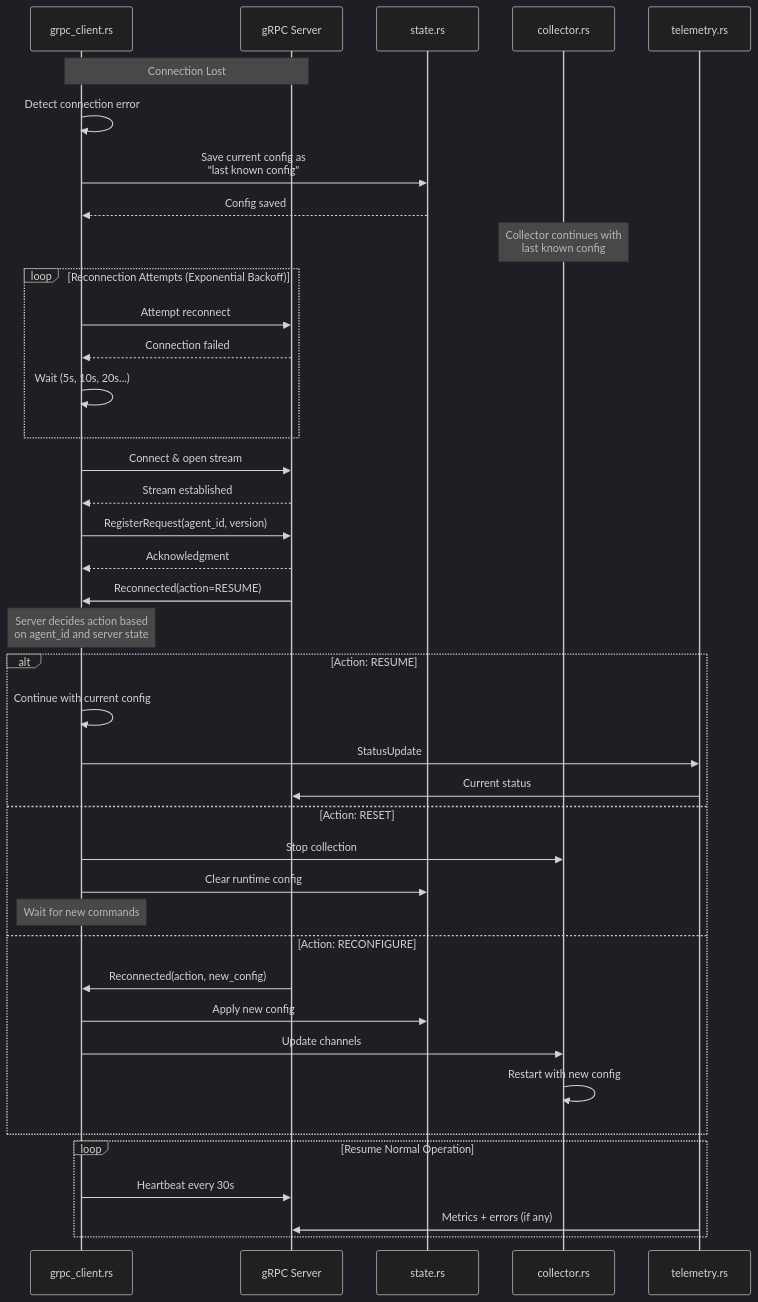
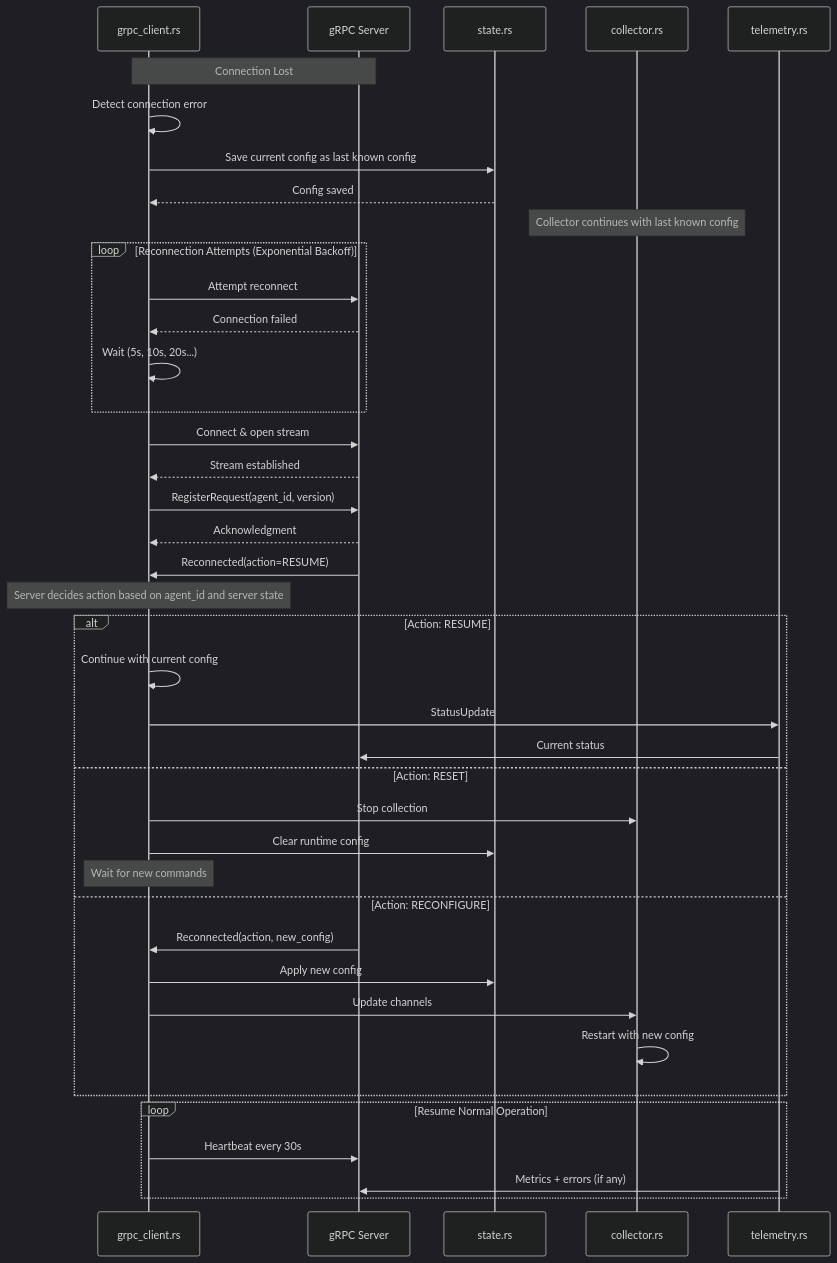
One commit to muminoff/tg-agent-experiment changed the seventh of 8 diagrams in GRPC_DESIGN.md. Above: the diagram before and after it, drawn with Mermaid (dark theme). The commit also changed other lines of this file, not shown here.

First line of the commit message:
Fix all Mermaid diagram syntax for GitHub compatibility

````diff
--- a/GRPC_DESIGN.md
+++ b/GRPC_DESIGN.md
@@ -870,51 +870,51 @@
 ```mermaid
 sequenceDiagram
     participant GrpcClient as grpc_client.rs
     participant Server as gRPC Server
     participant State as state.rs
     participant Collector as collector.rs
     participant Telemetry as telemetry.rs
 
     Note over GrpcClient,Server: Connection Lost
     GrpcClient->>GrpcClient: Detect connection error
 
-    GrpcClient->>State: Save current config as<br/>"last known config"
+    GrpcClient->>State: Save current config as last known config
     State-->>GrpcClient: Config saved
 
-    Note over Collector: Collector continues with<br/>last known config
+    Note over Collector: Collector continues with last known config
 
     loop Reconnection Attempts (Exponential Backoff)
         GrpcClient->>Server: Attempt reconnect
         Server-->>GrpcClient: Connection failed
         GrpcClient->>GrpcClient: Wait (5s, 10s, 20s...)
     end
 
     GrpcClient->>Server: Connect & open stream
     Server-->>GrpcClient: Stream established
 
     GrpcClient->>Server: RegisterRequest(agent_id, version)
     Server-->>GrpcClient: Acknowledgment
 
     Server->>GrpcClient: Reconnected(action=RESUME)
-    Note over GrpcClient: Server decides action based<br/>on agent_id and server state
+    Note over GrpcClient: Server decides action based on agent_id and server state
 
     alt Action: RESUME
         GrpcClient->>GrpcClient: Continue with current config
         GrpcClient->>Telemetry: StatusUpdate
         Telemetry->>Server: Current status
     else Action: RESET
         GrpcClient->>Collector: Stop collection
         GrpcClient->>State: Clear runtime config
         Note over GrpcClient: Wait for new commands
     else Action: RECONFIGURE
         Server->>GrpcClient: Reconnected(action, new_config)
         GrpcClient->>State: Apply new config
         GrpcClient->>Collector: Update channels
         Collector->>Collector: Restart with new config
     end
 
     loop Resume Normal Operation
         GrpcClient->>Server: Heartbeat every 30s
         Telemetry->>Server: Metrics + errors (if any)
     end
 ```
````
